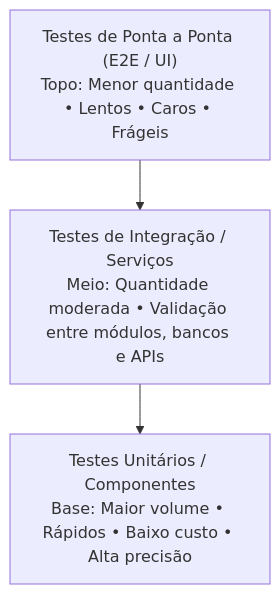
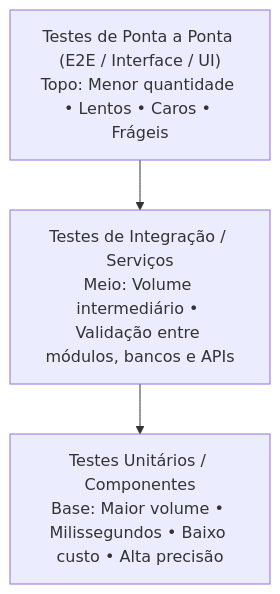
Before and after one commit to thiagosantos346/TCE-GO-2027: the first of 3 diagrams in fontes_de_estudo/conhecimentos_especificos_b02_ti/04_engenharia_de_software/05_qualidade_testes_refatoracao_e_divida_tecnica.md, drawn with Mermaid. The commit also changed other lines of this file and 119 other files, not shown here.

````diff
--- a/fontes_de_estudo/conhecimentos_especificos_b02_ti/04_engenharia_de_software/05_qualidade_testes_refatoracao_e_divida_tecnica.md
+++ b/fontes_de_estudo/conhecimentos_especificos_b02_ti/04_engenharia_de_software/05_qualidade_testes_refatoracao_e_divida_tecnica.md
@@ -70,7 +93,7 @@
 ```mermaid
 flowchart TD
-    E2E["Testes de Ponta a Ponta (E2E / UI)<br/>Topo: Menor quantidade • Lentos • Caros • Frágeis"]
-    INT["Testes de Integração / Serviços<br/>Meio: Quantidade moderada • Validação entre módulos, bancos e APIs"]
-    UNI["Testes Unitários / Componentes<br/>Base: Maior volume • Rápidos • Baixo custo • Alta precisão"]
+    E2E["Testes de Ponta a Ponta (E2E / Interface / UI)<br/>Topo: Menor quantidade • Lentos • Caros • Frágeis"]
+    INT["Testes de Integração / Serviços<br/>Meio: Volume intermediário • Validação entre módulos, bancos e APIs"]
+    UNI["Testes Unitários / Componentes<br/>Base: Maior volume • Milissegundos • Baixo custo • Alta precisão"]
     E2E --> INT --> UNI
 ```
````
